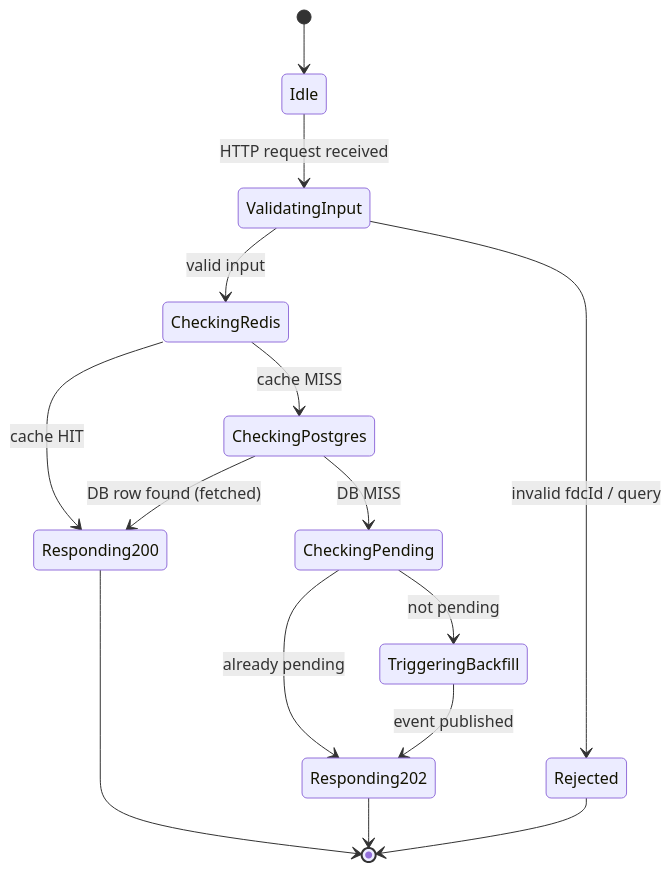
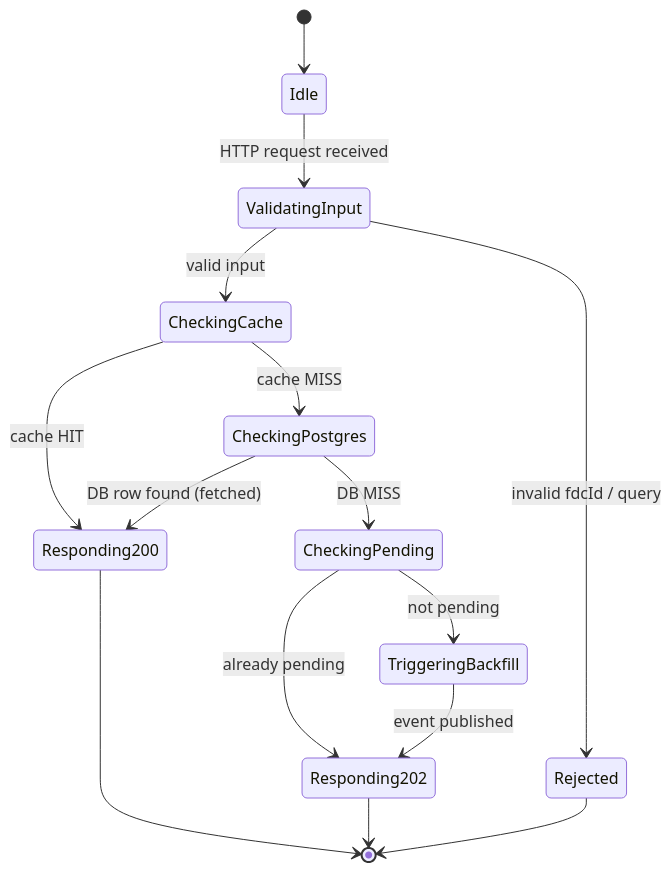
The first of 8 diagrams in specs/003-usda-food-data/v-model/module-design.md (radicle-co/KitchenSink), drawn with Mermaid before and after one commit. The commit also changed other lines of this file and 15 other files, not shown here.

````diff
--- a/specs/003-usda-food-data/v-model/module-design.md
+++ b/specs/003-usda-food-data/v-model/module-design.md
@@ -101,17 +101,17 @@
 ```mermaid
 stateDiagram-v2
   [*] --> Idle
   Idle --> ValidatingInput : HTTP request received
   ValidatingInput --> Rejected : invalid fdcId / query
-  ValidatingInput --> CheckingRedis : valid input
-  CheckingRedis --> Responding200 : cache HIT
-  CheckingRedis --> CheckingPostgres : cache MISS
+  ValidatingInput --> CheckingCache : valid input
+  CheckingCache --> Responding200 : cache HIT
+  CheckingCache --> CheckingPostgres : cache MISS
   CheckingPostgres --> Responding200 : DB row found (fetched)
   CheckingPostgres --> CheckingPending : DB MISS
   CheckingPending --> Responding202 : already pending
   CheckingPending --> TriggeringBackfill : not pending
   TriggeringBackfill --> Responding202 : event published
   Responding200 --> [*]
   Responding202 --> [*]
   Rejected --> [*]
 ```
````
